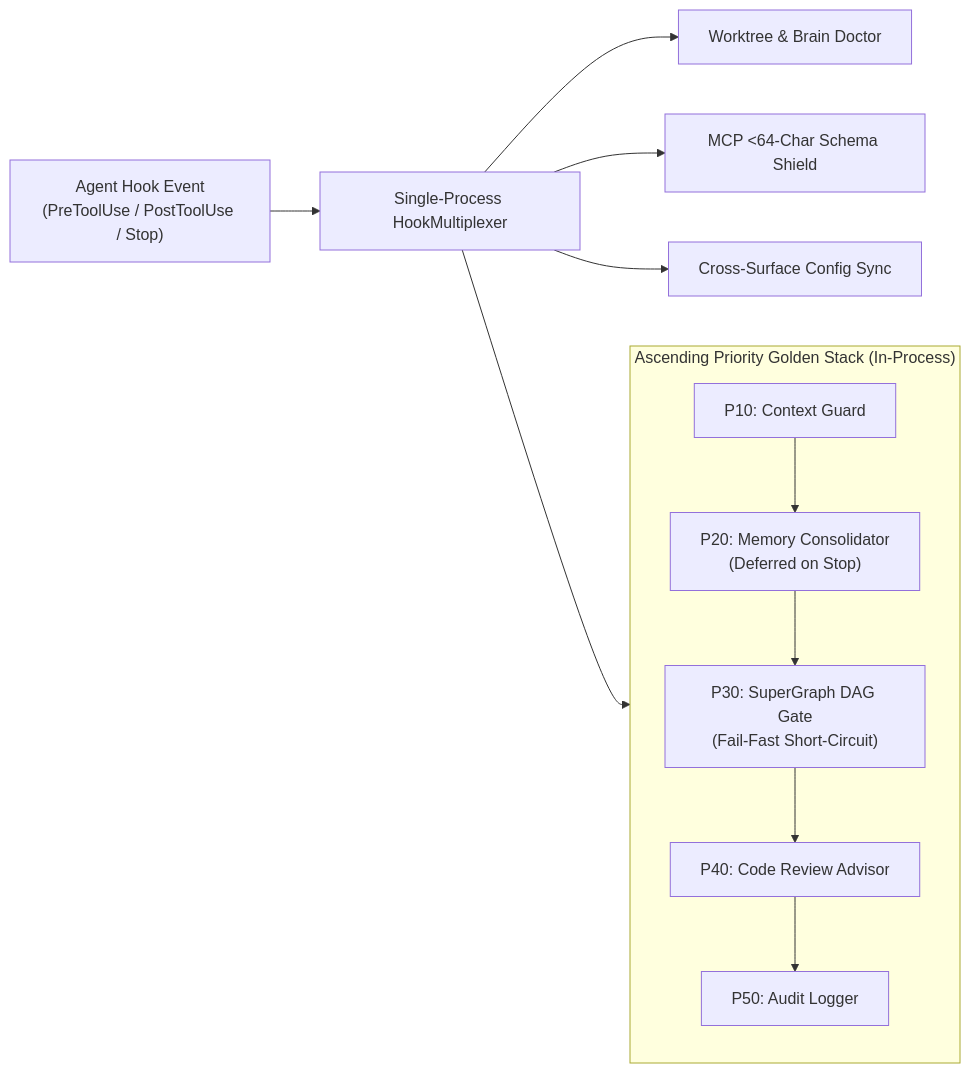
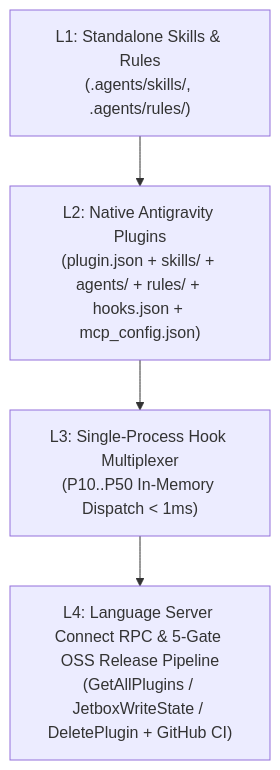
Before and after one commit to orakulzero/agy-doctor-mux: the diagram in README.md, drawn with Mermaid. The commit also changed other lines of this file and 8 other files, not shown here.

Commit message:
feat(plugins,lsrpc): add L2 native Antigravity plugin scaffolder, OSS gate wiring, and Language Server RPC bridge

````diff
--- a/README.md
+++ b/README.md
@@ -18,14 +19,6 @@
 ```mermaid
-flowchart LR
-    Event["Agent Hook Event<br/>(PreToolUse / PostToolUse / Stop)"] --> Mux["Single-Process HookMultiplexer"]
-    subgraph GoldenStack ["Ascending Priority Golden Stack (In-Process)"]
-        P10["P10: Context Guard"] --> P20["P20: Memory Consolidator<br/>(Deferred on Stop)"]
-        P20 --> P30["P30: SuperGraph DAG Gate<br/>(Fail-Fast Short-Circuit)"]
-        P30 --> P40["P40: Code Review Advisor"]
-        P40 --> P50["P50: Audit Logger"]
-    end
-    Mux --> GoldenStack
-    Mux --> Doctor["Worktree & Brain Doctor"]
-    Mux --> MCPShield["MCP <64-Char Schema Shield"]
-    Mux --> SurfaceSync["Cross-Surface Config Sync"]
+flowchart TD
+    L1["L1: Standalone Skills & Rules<br/>(.agents/skills/, .agents/rules/)"] --> L2["L2: Native Antigravity Plugins<br/>(plugin.json + skills/ + agents/ + rules/ + hooks.json + mcp_config.json)"]
+    L2 --> L3["L3: Single-Process Hook Multiplexer<br/>(P10..P50 In-Memory Dispatch < 1ms)"]
+    L3 --> L4["L4: Language Server Connect RPC & 5-Gate OSS Release Pipeline<br/>(GetAllPlugins / JetboxWriteState / DeletePlugin + GitHub CI)"]
 ```
````
